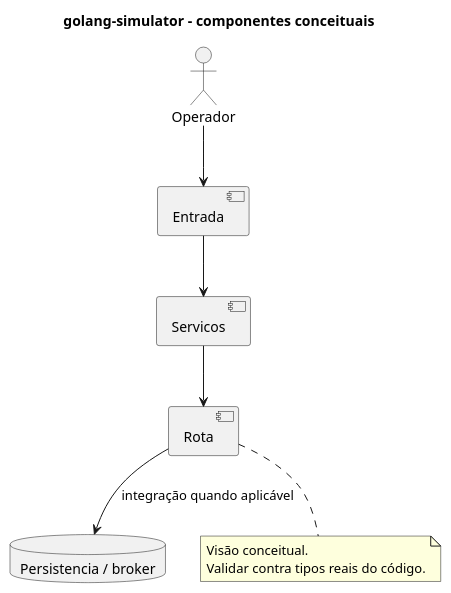
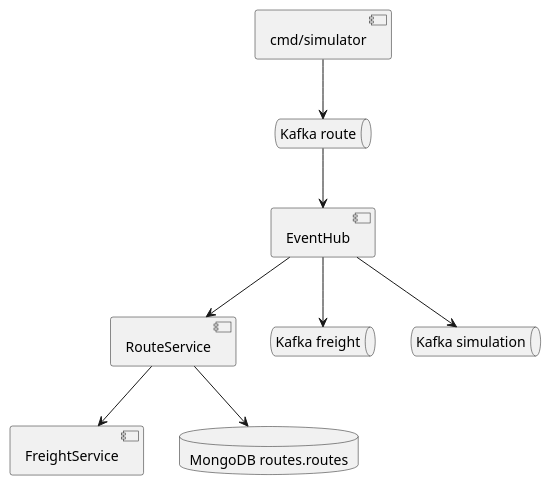
One commit to DanieldeAlmeida2024/golang-simulator changed the diagram in docs/UML.puml. Above: the diagram before and after it, drawn with PlantUML. The commit also changed 11 other files, not shown here.

```diff
--- a/docs/UML.puml
+++ b/docs/UML.puml
@@ -1,16 +1,17 @@
 @startuml
-title golang-simulator - componentes conceituais
-actor Operador
-component "Entrada" as Entrada
-component "Servicos" as Servico
-component "Rota" as Dominio
-database "Persistencia / broker" as Banco
-Operador --> Entrada
-Entrada --> Servico
-Servico --> Dominio
-Dominio --> Banco : integração quando aplicável
-note bottom of Dominio
-Visão conceitual.
-Validar contra tipos reais do código.
-end note
+component "cmd/simulator" as Main
+component "EventHub" as Hub
+component "RouteService" as Routes
+component "FreightService" as Freight
+database "MongoDB routes.routes" as Mongo
+queue "Kafka route" as Input
+queue "Kafka freight" as F
+queue "Kafka simulation" as S
+Main --> Input
+Input --> Hub
+Hub --> Routes
+Routes --> Freight
+Routes --> Mongo
+Hub --> F
+Hub --> S
 @enduml
```
